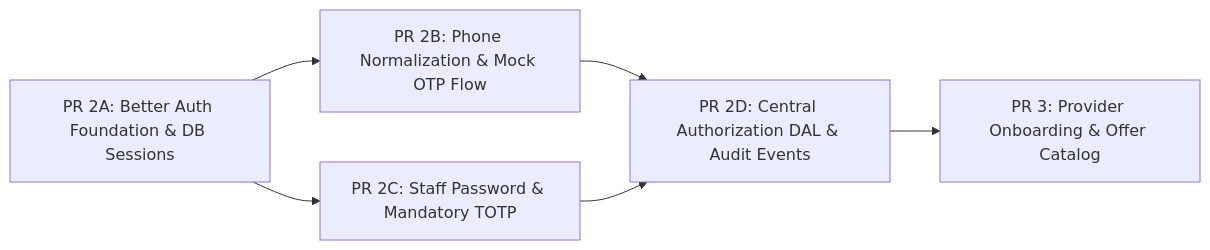
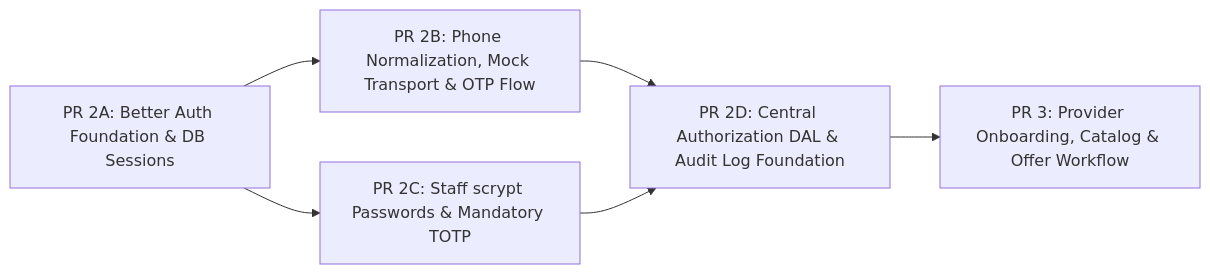
One commit to MohamedHanyAhmed/waffarhacars changed the second of 2 diagrams in docs/14-identity-authentication-adr.md. Above: the diagram before and after it, drawn with Mermaid. The commit also changed other lines of this file and 1 other file, not shown here.

Commit message:
docs: align ADR 14 with factual Better Auth 1.7.5 behavior and security policy

````diff
--- a/docs/14-identity-authentication-adr.md
+++ b/docs/14-identity-authentication-adr.md
@@ -398,8 +350,8 @@
 ```mermaid
 graph LR
-    PR2A["PR 2A: Better Auth Foundation & DB Sessions"] --> PR2B["PR 2B: Phone Normalization & Mock OTP Flow"]
-    PR2A --> PR2C["PR 2C: Staff Password & Mandatory TOTP"]
-    PR2B --> PR2D["PR 2D: Central Authorization DAL & Audit Events"]
+    PR2A["PR 2A: Better Auth Foundation & DB Sessions"] --> PR2B["PR 2B: Phone Normalization, Mock Transport & OTP Flow"]
+    PR2A --> PR2C["PR 2C: Staff scrypt Passwords & Mandatory TOTP"]
+    PR2B --> PR2D["PR 2D: Central Authorization DAL & Audit Log Foundation"]
     PR2C --> PR2D
-    PR2D --> PR3["PR 3: Provider Onboarding & Offer Catalog"]
+    PR2D --> PR3["PR 3: Provider Onboarding, Catalog & Offer Workflow"]
 ```
````
